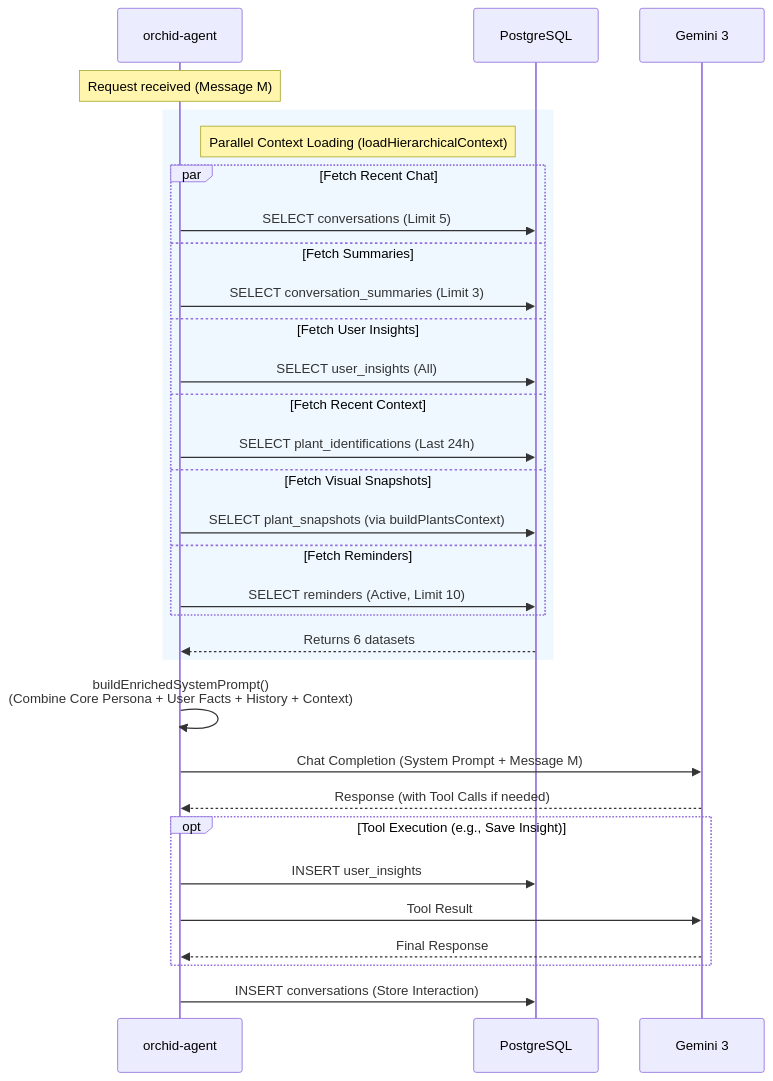
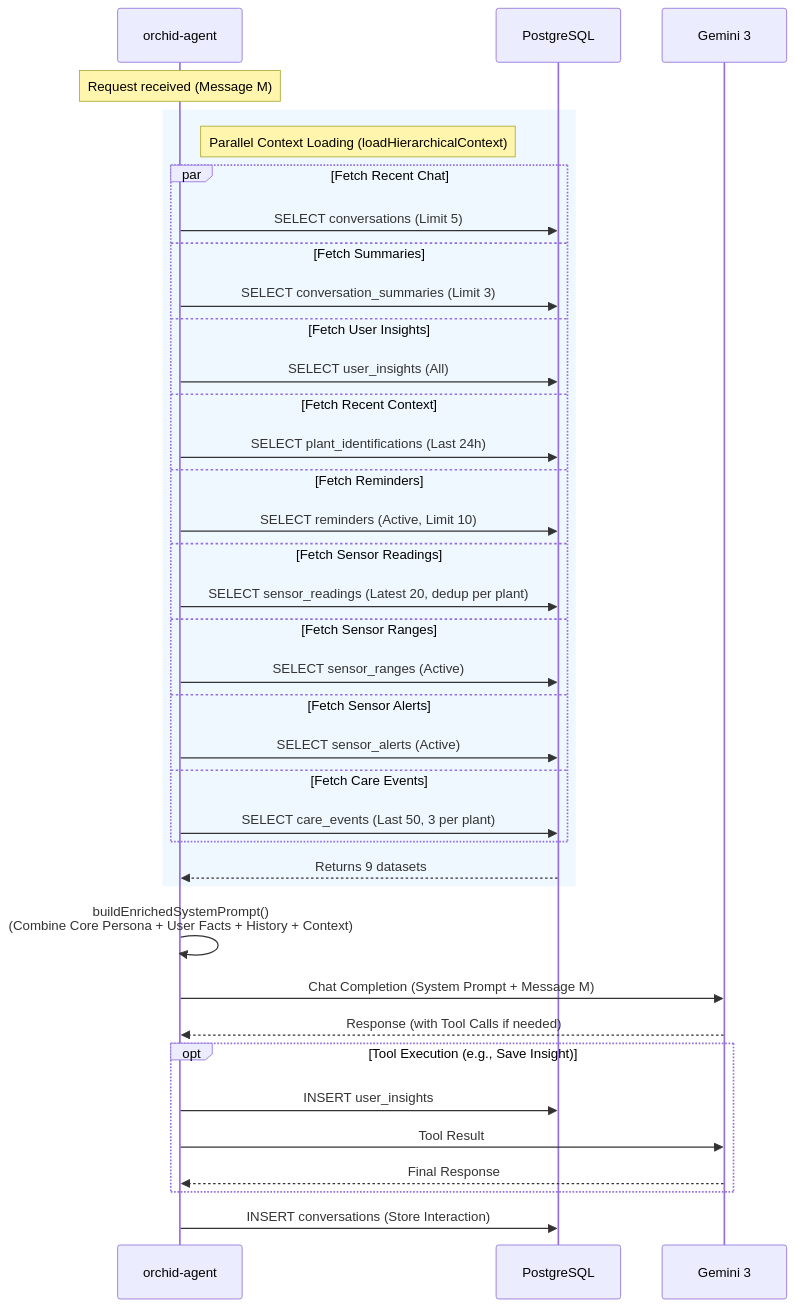
Before and after one commit to masudl-hub/msis522-technical-report: diagram 14 of 15 in public/project-assets/technical-report.md, drawn with Mermaid. The commit also changed other lines of this file and 2 other files, not shown here.

````diff
--- a/public/project-assets/technical-report.md
+++ b/public/project-assets/technical-report.md
@@ -1308,40 +1800,46 @@
 ```mermaid
 sequenceDiagram
     participant Agent as orchid-agent
     participant DB as PostgreSQL
     participant LLM as Gemini 3
 
     Note over Agent: Request received (Message M)
 
     rect rgb(240, 248, 255)
         Note right of Agent: Parallel Context Loading (loadHierarchicalContext)
         par Fetch Recent Chat
             Agent->>DB: SELECT conversations (Limit 5)
         and Fetch Summaries
             Agent->>DB: SELECT conversation_summaries (Limit 3)
         and Fetch User Insights
             Agent->>DB: SELECT user_insights (All)
         and Fetch Recent Context
             Agent->>DB: SELECT plant_identifications (Last 24h)
-        and Fetch Visual Snapshots
-            Agent->>DB: SELECT plant_snapshots (via buildPlantsContext)
         and Fetch Reminders
             Agent->>DB: SELECT reminders (Active, Limit 10)
+        and Fetch Sensor Readings
+            Agent->>DB: SELECT sensor_readings (Latest 20, dedup per plant)
+        and Fetch Sensor Ranges
+            Agent->>DB: SELECT sensor_ranges (Active)
+        and Fetch Sensor Alerts
+            Agent->>DB: SELECT sensor_alerts (Active)
+        and Fetch Care Events
+            Agent->>DB: SELECT care_events (Last 50, 3 per plant)
         end
 
-        DB-->>Agent: Returns 6 datasets
+        DB-->>Agent: Returns 9 datasets
     end
 
     Agent->>Agent: buildEnrichedSystemPrompt()<br/>(Combine Core Persona + User Facts + History + Context)
 
     Agent->>LLM: Chat Completion (System Prompt + Message M)
     LLM-->>Agent: Response (with Tool Calls if needed)
 
     opt Tool Execution (e.g., Save Insight)
         Agent->>DB: INSERT user_insights
         Agent->>LLM: Tool Result
         LLM-->>Agent: Final Response
     end
 
     Agent->>DB: INSERT conversations (Store Interaction)
 ```
````
